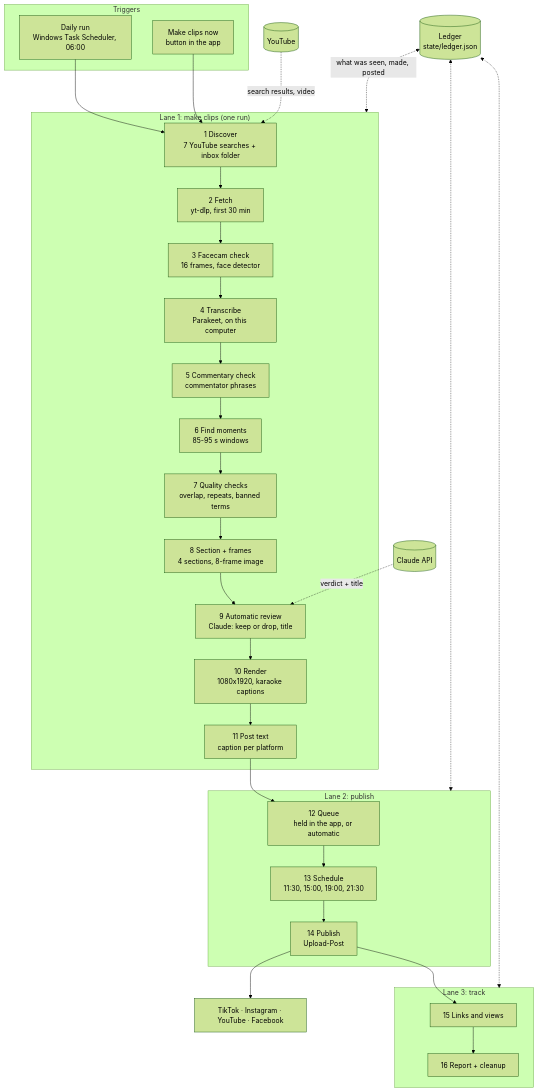
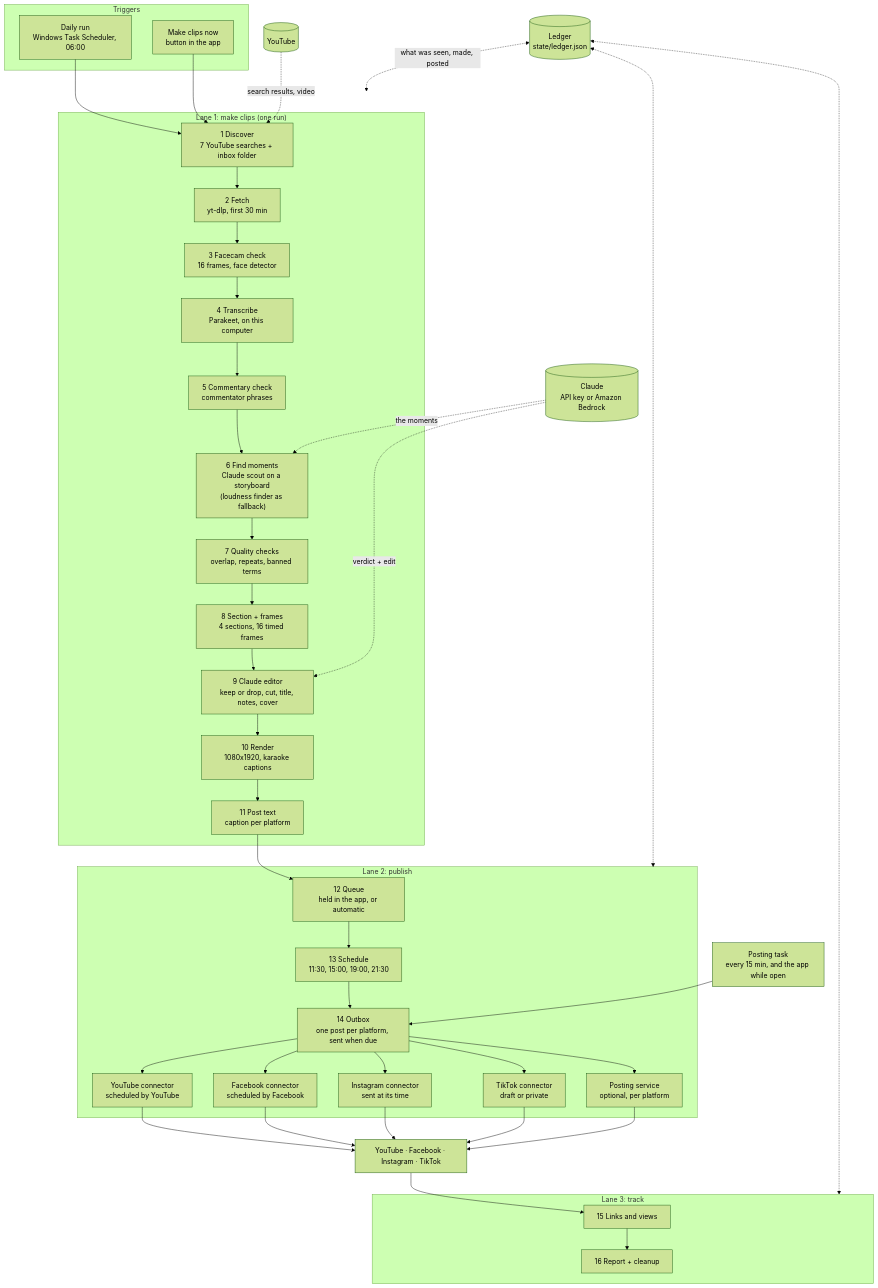
The diagram in clipper/ARCHITECTURE.md (carlosmateo04/personalpage), drawn with Mermaid (forest theme) before and after one commit. The commit also changed other lines of this file and 18 other files, not shown here.

````diff
--- a/clipper/ARCHITECTURE.md
+++ b/clipper/ARCHITECTURE.md
@@ -10,47 +10,55 @@
 ```mermaid
 flowchart TD
     subgraph T["Triggers"]
         t1["Daily run<br/>Windows Task Scheduler, 06:00"]
         t2["Make clips now<br/>button in the app"]
     end
 
     subgraph A["Lane 1: make clips (one run)"]
         n1["1 Discover<br/>7 YouTube searches + inbox folder"]
         n2["2 Fetch<br/>yt-dlp, first 30 min"]
         n3["3 Facecam check<br/>16 frames, face detector"]
         n4["4 Transcribe<br/>Parakeet, on this computer"]
         n5["5 Commentary check<br/>commentator phrases"]
-        n6["6 Find moments<br/>85-95 s windows"]
+        n6["6 Find moments<br/>Claude scout on a storyboard<br/>(loudness finder as fallback)"]
         n7["7 Quality checks<br/>overlap, repeats, banned terms"]
-        n8["8 Section + frames<br/>4 sections, 8-frame image"]
-        n9["9 Automatic review<br/>Claude: keep or drop, title"]
+        n8["8 Section + frames<br/>4 sections, 16 timed frames"]
+        n9["9 Claude editor<br/>keep or drop, cut, title, notes, cover"]
         n10["10 Render<br/>1080x1920, karaoke captions"]
         n11["11 Post text<br/>caption per platform"]
         n1 --> n2 --> n3 --> n4 --> n5 --> n6 --> n7 --> n8 --> n9 --> n10 --> n11
     end
 
     subgraph B["Lane 2: publish"]
         p1["12 Queue<br/>held in the app, or automatic"]
         p2["13 Schedule<br/>11:30, 15:00, 19:00, 21:30"]
-        p3["14 Publish<br/>Upload-Post"]
+        p3["14 Outbox<br/>one post per platform, sent when due"]
+        k1["YouTube connector<br/>scheduled by YouTube"]
+        k2["Facebook connector<br/>scheduled by Facebook"]
+        k3["Instagram connector<br/>sent at its time"]
+        k4["TikTok connector<br/>draft or private"]
+        k5["Posting service<br/>optional, per platform"]
         p1 --> p2 --> p3
+        p3 --> k1 & k2 & k3 & k4 & k5
     end
 
     subgraph C["Lane 3: track"]
         c1["15 Links and views"]
         c2["16 Report + cleanup"]
         c1 --> c2
     end
 
     t1 --> n1
     t2 --> n1
     n11 --> p1
-    p3 --> out["TikTok · Instagram · YouTube · Facebook"]
-    p3 --> c1
+    k1 & k2 & k3 & k4 & k5 --> out["YouTube · Facebook · Instagram · TikTok"]
+    out --> c1
+    t3["Posting task<br/>every 15 min, and the app while open"] --> p3
 
     yt[("YouTube")] -. "search results, video" .-> n1
-    claude[("Claude API")] -. "verdict + title" .-> n9
+    claude[("Claude<br/>API key or Amazon Bedrock")] -. "the moments" .-> n6
+    claude -. "verdict + edit" .-> n9
     ledger[("Ledger<br/>state/ledger.json")] <-. "what was seen, made, posted" .-> A
     ledger <-.-> B
     ledger <-.-> C
 ```
````
